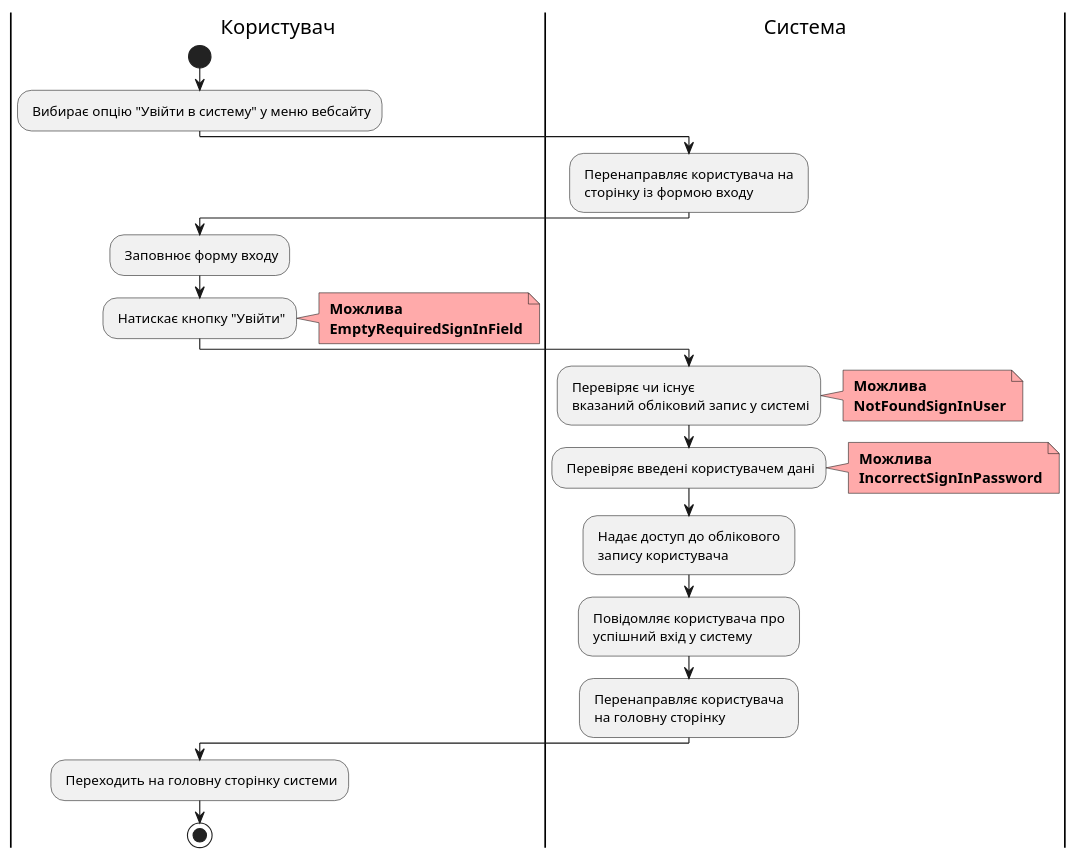
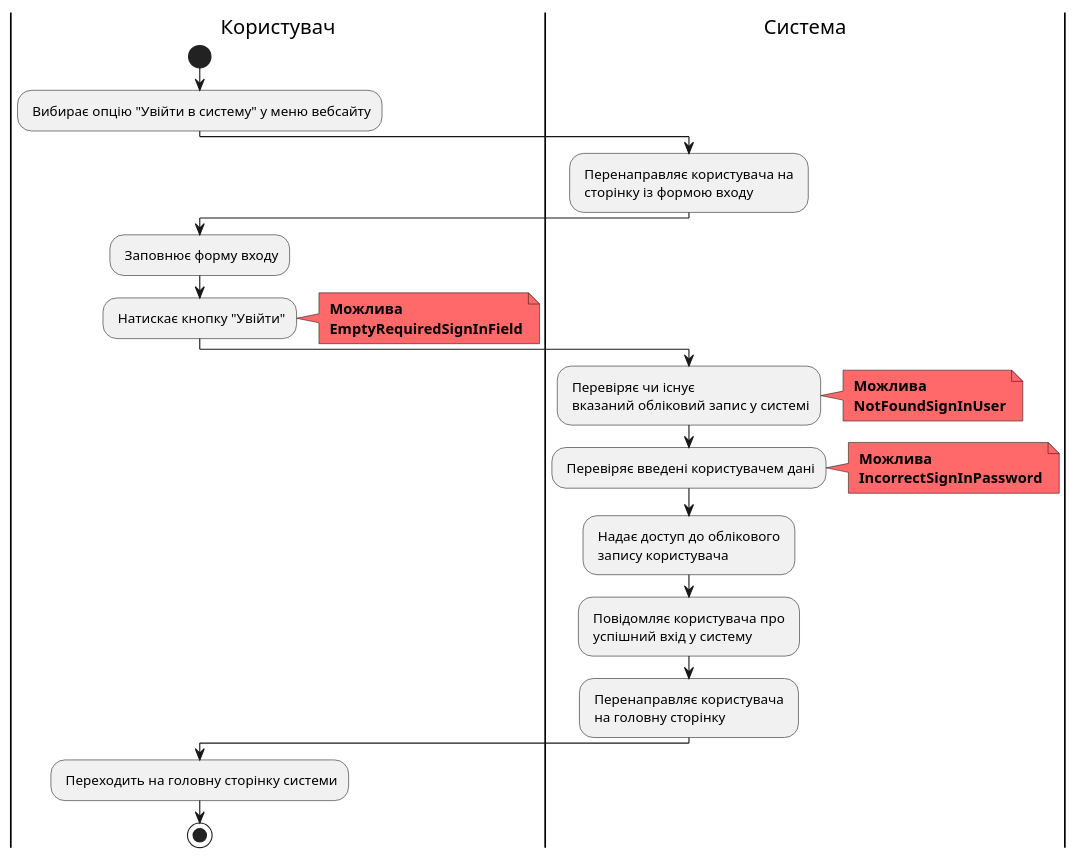
The eighth of 23 diagrams in docs/use cases/README.md (edu-db/edu_db_labs), drawn with PlantUML before and after one commit. The commit also changed other lines of this file and 1 other file, not shown here.

Commit message:
refactor: change errors font color and background in UML

```diff
--- a/docs/use cases/README.md
+++ b/docs/use cases/README.md
@@ -287,39 +287,39 @@
 @startuml
 
     |Користувач|
     start;
     : Вибирає опцію "Увійти в систему" у меню вебсайту;
 
     |Система|
         : Перенаправляє користувача на \n сторінку із формою входу;
 
     |Користувач|
     : Заповнює форму входу;
     : Натискає кнопку "Увійти";
-    note right #ffaaaa
+    note right #FF6969
     <b> Можлива
     <b> EmptyRequiredSignInField
     end note
 
     |Система|
     : Перевіряє чи існує \n вказаний обліковий запис у системі;
-    note right #ffaaaa
+    note right #FF6969
     <b> Можлива
     <b> NotFoundSignInUser
     end note
     : Перевіряє введені користувачем дані;
-    note right #ffaaaa
+    note right #FF6969
     <b> Можлива
     <b> IncorrectSignInPassword
     end note
 
 
     : Надає доступ до облікового \n запису користувача;
     : Повідомляє користувача про \n успішний вхід у систему;
     : Перенаправляє користувача \n на головну сторінку;
 
     |Користувач|
     : Переходить на головну сторінку системи;
     stop;
 
 @enduml
```
